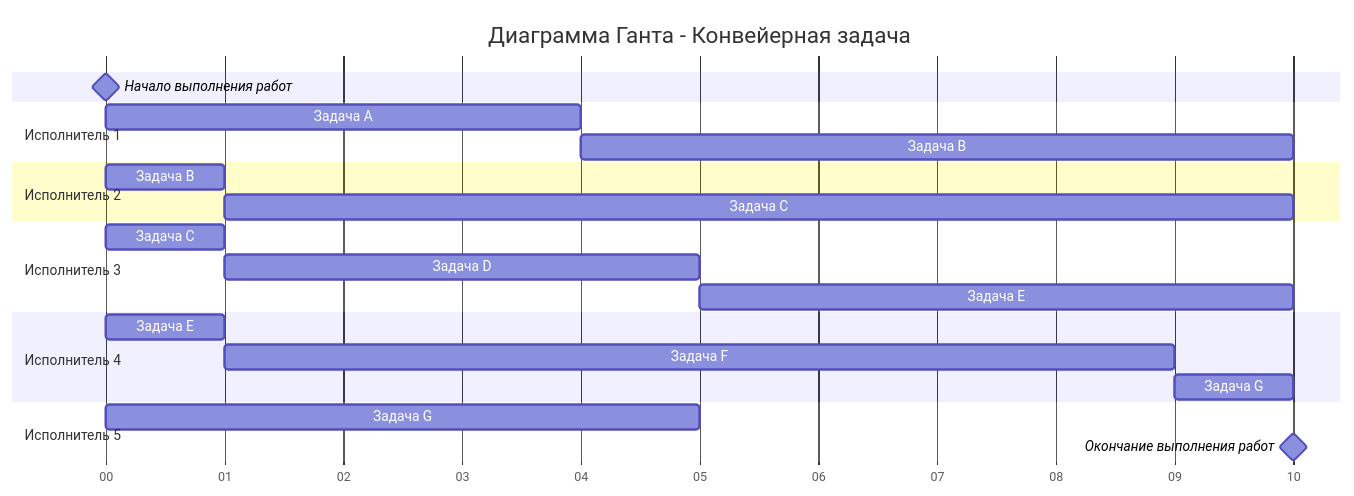
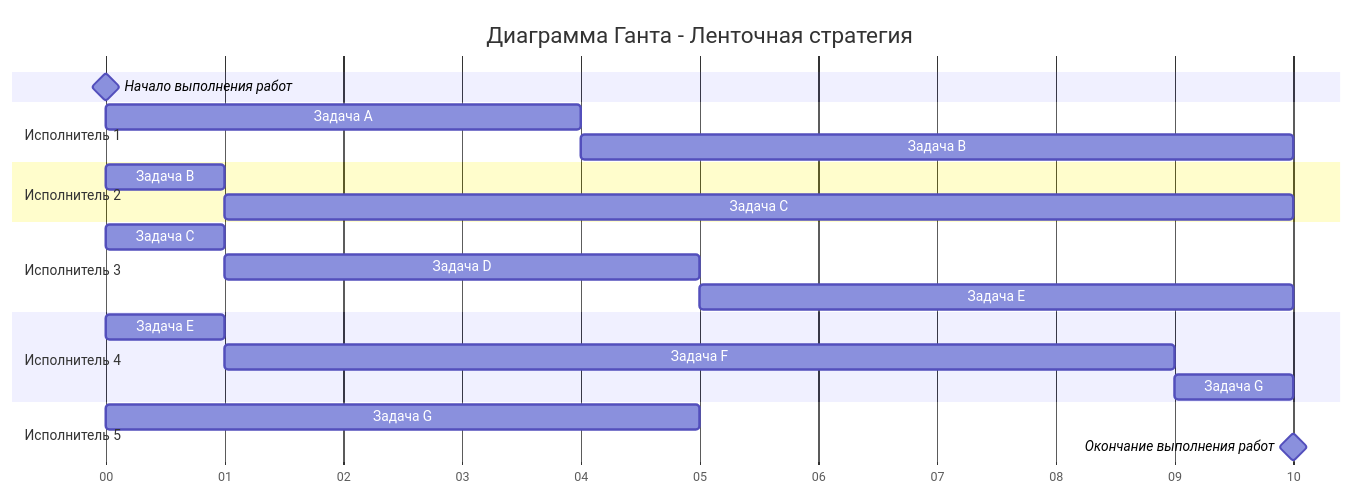
Before and after one commit to hse-algo-psapr-25/manual-tasks: the second of 2 diagrams in Задание 8/Rehash.md, drawn with Mermaid. The commit also changed other lines of this file, not shown here.

````diff
--- a/Задание 8/Rehash.md
+++ b/Задание 8/Rehash.md
@@ -116,24 +118,24 @@
 ```mermaid
 gantt
-    title Диаграмма Ганта - Конвейерная задача
+    title Диаграмма Ганта - Ленточная стратегия
     dateFormat s   
     axisFormat %S
     Начало выполнения работ : milestone, m1, 01 00:00, 0h
     section Исполнитель 1
     Задача A         :a1, 01 00:00, 4s
     Задача B         :a2, after a1, 6s
     section Исполнитель 2
     Задача B         :b1, 01 00:00, 1s
     Задача C         :b2, after b1, 9s
     section Исполнитель 3
     Задача C         :c1, 01 00:00, 1s
     Задача D         :c2, after c1, 4s
     Задача E         :after c2, 5s
     section Исполнитель 4
     Задача E         :d1, 01 00:00, 1s
     Задача F         :d2, after d1, 8s
     Задача G         :after d2, 1s
     section Исполнитель 5
     Задача G         :e1, 01 00:00, 5s
     Окончание выполнения работ : milestone, m2, 01 00:00:10, 0h
 ```
````
